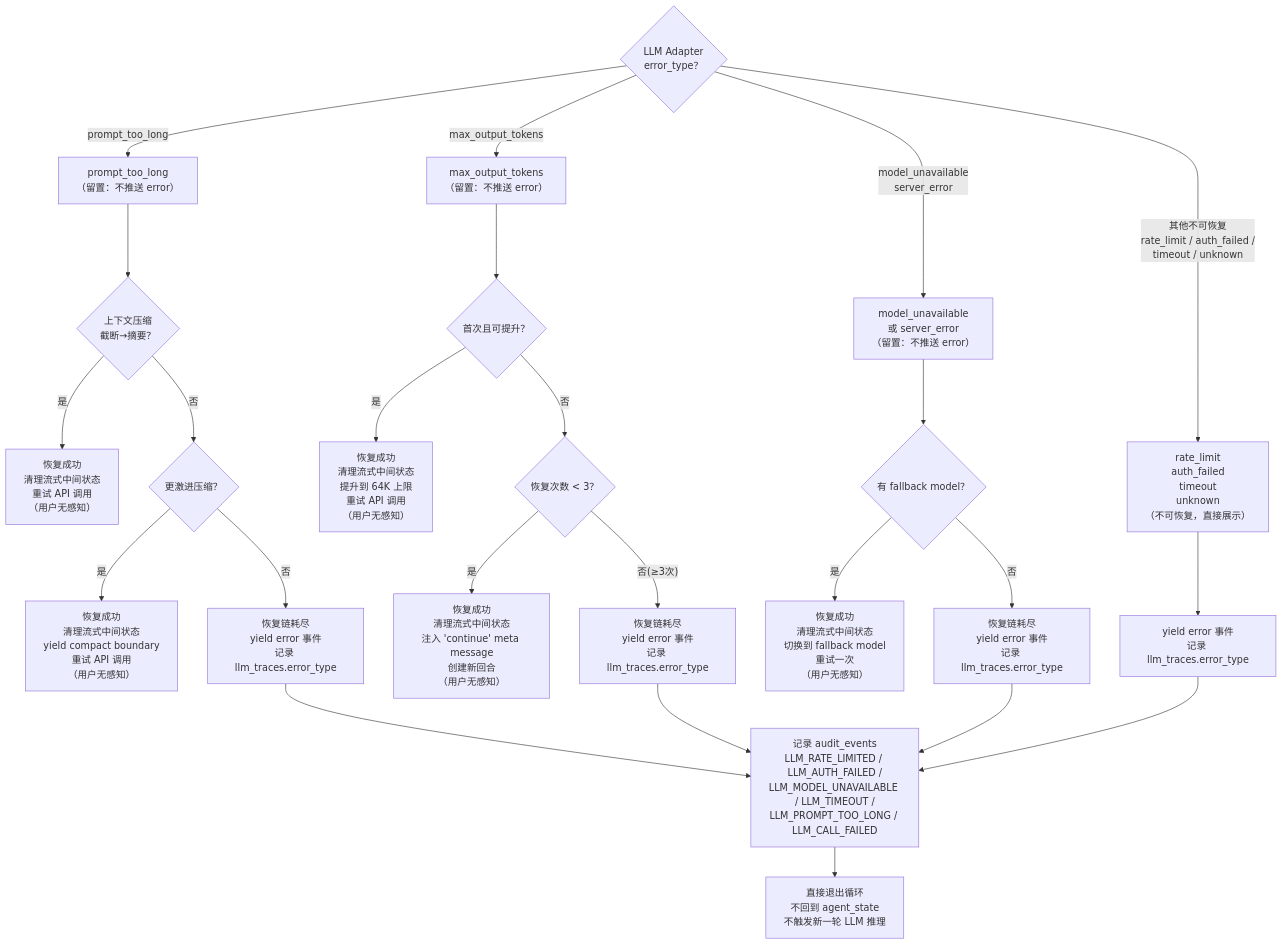
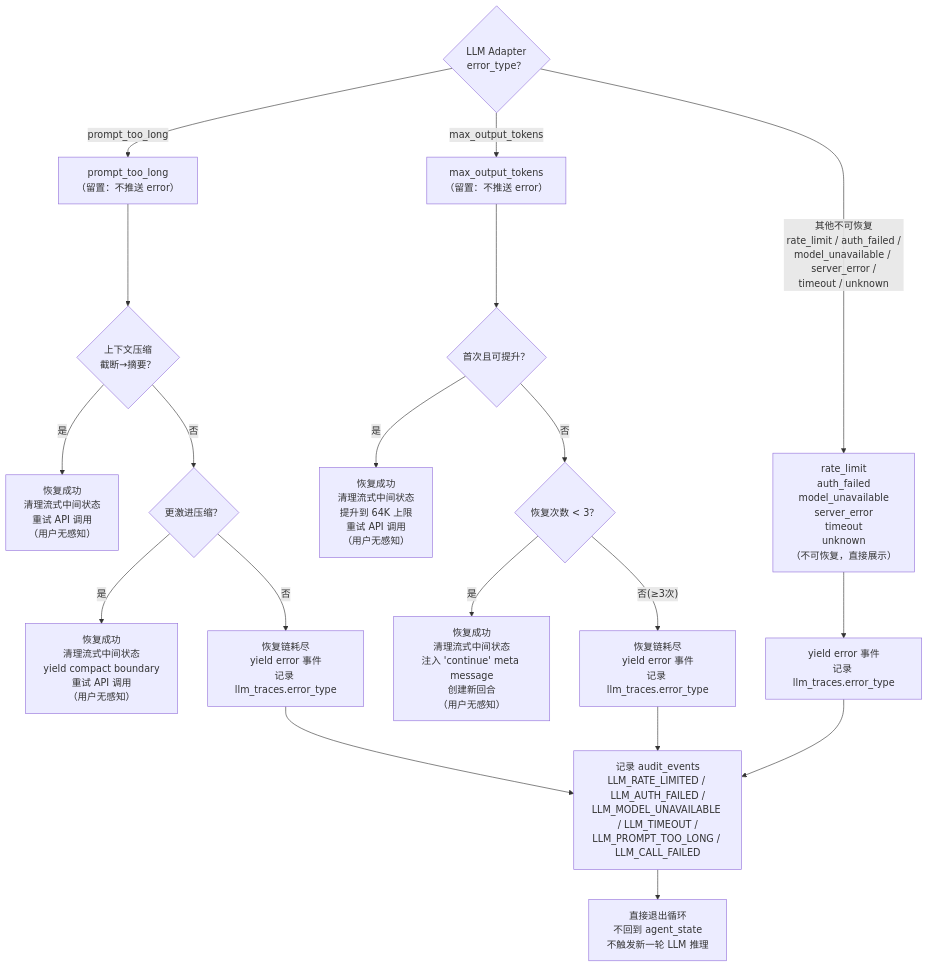
Before and after one commit to nazzeDe/alascup-agent: the eighth of 10 diagrams in web-server/graph.md, drawn with Mermaid. The commit also changed other lines of this file and 33 other files, not shown here.

````diff
--- a/web-server/graph.md
+++ b/web-server/graph.md
@@ -423,63 +421,51 @@
 ```mermaid
 flowchart TD
     llm_error{"LLM Adapter<br/>error_type？"}
 
     %% prompt_too_long 分支
     ptl["prompt_too_long<br/>（留置：不推送 error）"]
     compress_compact{"上下文压缩<br/>截断→摘要？"}
     compact_ok["恢复成功<br/>清理流式中间状态<br/>重试 API 调用<br/>（用户无感知）"]
     compress_aggressive{"更激进压缩？"}
     aggressive_ok["恢复成功<br/>清理流式中间状态<br/>yield compact boundary<br/>重试 API 调用<br/>（用户无感知）"]
     ptl_surface["恢复链耗尽<br/>yield error 事件<br/>记录 llm_traces.error_type"]
 
     %% max_output_tokens 分支
     mot["max_output_tokens<br/>（留置：不推送 error）"]
     mot_escalate{"首次且可提升？"}
     mot_escalate_ok["恢复成功<br/>清理流式中间状态<br/>提升到 64K 上限<br/>重试 API 调用<br/>（用户无感知）"]
     mot_recovery{"恢复次数 < 3？"}
     mot_inject["恢复成功<br/>清理流式中间状态<br/>注入 'continue' meta message<br/>创建新回合<br/>（用户无感知）"]
     mot_surface["恢复链耗尽<br/>yield error 事件<br/>记录 llm_traces.error_type"]
 
-    %% model_unavailable / server_error（可恢复：fallback model）
-    overload["model_unavailable<br/>或 server_error<br/>（留置：不推送 error）"]
-    fallback{"有 fallback model？"}
-    fallback_switch["恢复成功<br/>清理流式中间状态<br/>切换到 fallback model<br/>重试一次<br/>（用户无感知）"]
-    overload_surface["恢复链耗尽<br/>yield error 事件<br/>记录 llm_traces.error_type"]
-
     %% 不可恢复类型
-    other["rate_limit<br/>auth_failed<br/>timeout<br/>unknown<br/>（不可恢复，直接展示）"]
+    other["rate_limit<br/>auth_failed<br/>model_unavailable<br/>server_error<br/>timeout<br/>unknown<br/>（不可恢复，直接展示）"]
     other_surface["yield error 事件<br/>记录 llm_traces.error_type"]
 
     audit["记录 audit_events<br/>LLM_RATE_LIMITED / LLM_AUTH_FAILED /<br/>LLM_MODEL_UNAVAILABLE / LLM_TIMEOUT /<br/>LLM_PROMPT_TOO_LONG / LLM_CALL_FAILED"]
     exit_loop["直接退出循环<br/>不回到 agent_state<br/>不触发新一轮 LLM 推理"]
 
     llm_error -- "prompt_too_long" --> ptl
     llm_error -- "max_output_tokens" --> mot
-    llm_error -- "model_unavailable<br/>server_error" --> overload
-    llm_error -- "其他不可恢复<br/>rate_limit / auth_failed /<br/>timeout / unknown" --> other
+    llm_error -- "其他不可恢复<br/>rate_limit / auth_failed /<br/>model_unavailable / server_error /<br/>timeout / unknown" --> other
 
     ptl --> compress_compact
     compress_compact -- "是" --> compact_ok
     compress_compact -- "否" --> compress_aggressive
     compress_aggressive -- "是" --> aggressive_ok
     compress_aggressive -- "否" --> ptl_surface
 
     mot --> mot_escalate
     mot_escalate -- "是" --> mot_escalate_ok
     mot_escalate -- "否" --> mot_recovery
     mot_recovery -- "是" --> mot_inject
     mot_recovery -- "否(≥3次)" --> mot_surface
 
-    overload --> fallback
-    fallback -- "是" --> fallback_switch
-    fallback -- "否" --> overload_surface
-
     other --> other_surface
 
     ptl_surface --> audit
     mot_surface --> audit
-    overload_surface --> audit
     other_surface --> audit
 
     audit --> exit_loop
 ```
````
